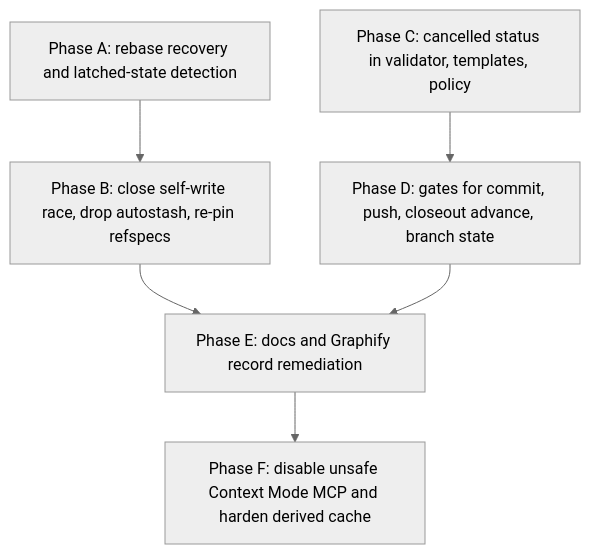
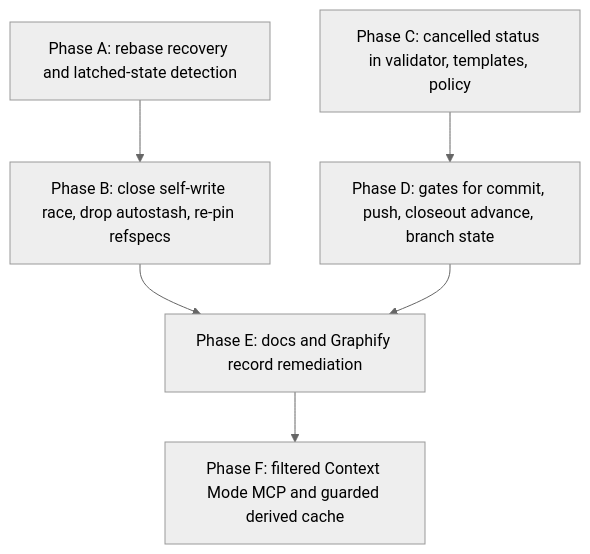
The diagram in plans/state-sync-recovery-and-plan-cancellation.md (Ghisso/github_copilot_bootstrap), drawn with Mermaid (neutral theme) before and after one commit. The commit also changed other lines of this file and 2 other files, not shown here.

````diff
--- a/plans/state-sync-recovery-and-plan-cancellation.md
+++ b/plans/state-sync-recovery-and-plan-cancellation.md
@@ -359,8 +376,8 @@
 ```mermaid
 flowchart TD
     A["Phase A: rebase recovery and latched-state detection"] --> B["Phase B: close self-write race, drop autostash, re-pin refspecs"]
     C["Phase C: cancelled status in validator, templates, policy"] --> D["Phase D: gates for commit, push, closeout advance, branch state"]
     B --> E["Phase E: docs and Graphify record remediation"]
     D --> E
-    E --> F["Phase F: disable unsafe Context Mode MCP and harden derived cache"]
+    E --> F["Phase F: filtered Context Mode MCP and guarded derived cache"]
 ```
````
